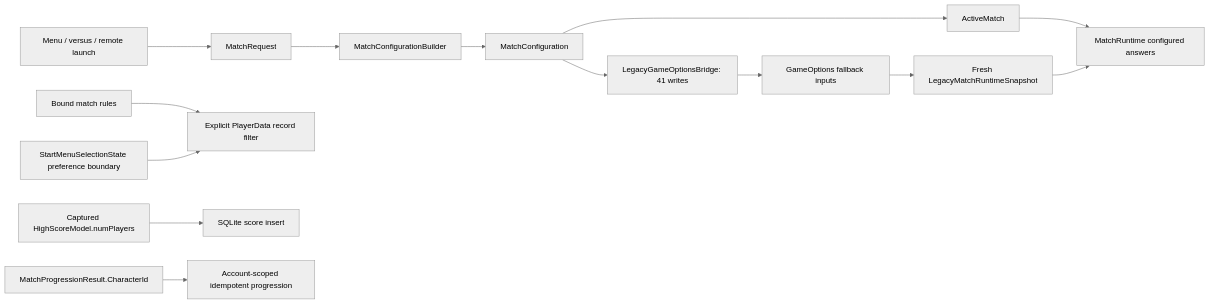
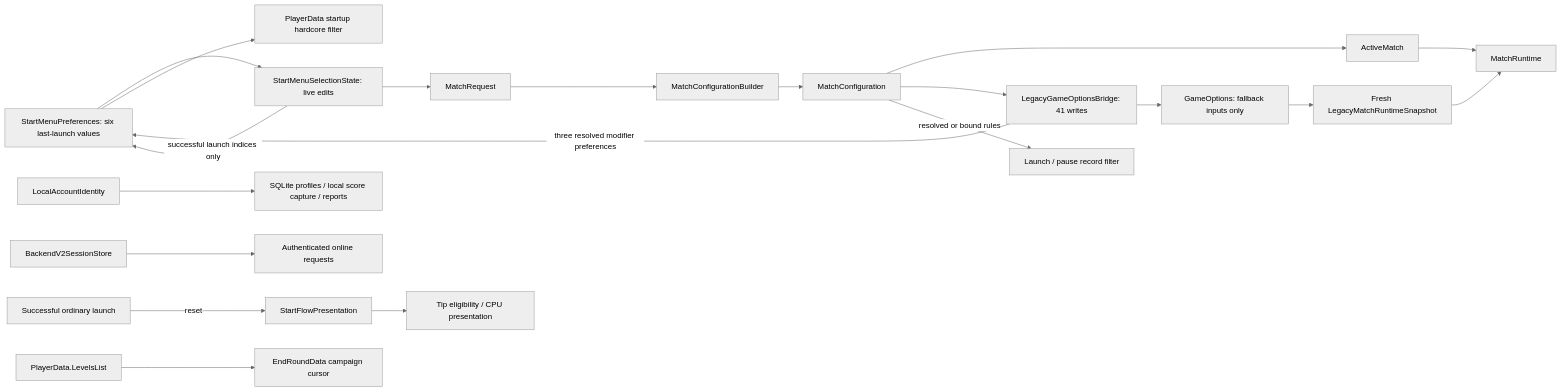
The diagram in docs/game-options-inventory.md (sweat-this/level5), drawn with Mermaid (neutral theme) before and after one commit. The commit also changed other lines of this file and 33 other files, not shown here.

First line of the commit message:
Retire residual non-match GameOptions state (#275) (#311)

````diff
--- a/docs/game-options-inventory.md
+++ b/docs/game-options-inventory.md
@@ -39,16 +56,22 @@
 ```mermaid
 flowchart LR
-    Menu[Menu / versus / remote launch] --> Request[MatchRequest]
+    Memory[StartMenuPreferences: six last-launch values] --> Draft[StartMenuSelectionState: live edits]
+    Draft --> Request[MatchRequest]
     Request --> Builder[MatchConfigurationBuilder]
     Builder --> Config[MatchConfiguration]
     Config --> Active[ActiveMatch]
-    Active --> Runtime[MatchRuntime configured answers]
+    Active --> Runtime[MatchRuntime]
     Config --> Bridge[LegacyGameOptionsBridge: 41 writes]
-    Bridge --> Legacy[GameOptions fallback inputs]
+    Bridge --> Legacy[GameOptions: fallback inputs only]
     Legacy --> Snapshot[Fresh LegacyMatchRuntimeSnapshot]
     Snapshot --> Runtime
-    Rules[Bound match rules] --> Query[Explicit PlayerData record filter]
-    Prefs[StartMenuSelectionState preference boundary] --> Query
-    Model[Captured HighScoreModel.numPlayers] --> SQLite[SQLite score insert]
-    Result[MatchProgressionResult.CharacterId] --> XP[Account-scoped idempotent progression]
+    Bridge -->|three resolved modifier preferences| Memory
+    Draft -->|successful launch indices only| Memory
+    Memory --> Query[PlayerData startup hardcore filter]
+    Config -->|resolved or bound rules| MatchQuery[Launch / pause record filter]
+    Local[LocalAccountIdentity] --> Profiles[SQLite profiles / local score capture / reports]
+    Online[BackendV2SessionStore] --> Remote[Authenticated online requests]
+    Presentation[StartFlowPresentation] --> Tips[Tip eligibility / CPU presentation]
+    Launch[Successful ordinary launch] -->|reset| Presentation
+    Route[PlayerData.LevelsList] --> Cursor[EndRoundData campaign cursor]
 ```
````
